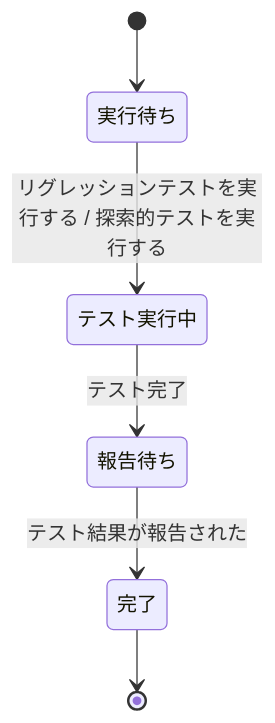
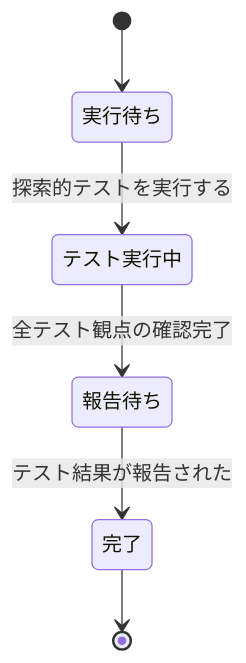
One commit to kuchita-el/claude-shared-skills changed the third of 3 diagrams in docs/qa/event-storming.md. Above: the diagram before and after it, drawn with Mermaid. The commit also changed other lines of this file and 1 other file, not shown here.

````diff
--- a/docs/qa/event-storming.md
+++ b/docs/qa/event-storming.md
@@ -108,8 +132,8 @@
 ```mermaid
 stateDiagram-v2
     [*] --> 実行待ち
-    実行待ち --> テスト実行中: リグレッションテストを実行する / 探索的テストを実行する
-    テスト実行中 --> 報告待ち: テスト完了
+    実行待ち --> テスト実行中: 探索的テストを実行する
+    テスト実行中 --> 報告待ち: 全テスト観点の確認完了
     報告待ち --> 完了: テスト結果が報告された
     完了 --> [*]
 ```
````
